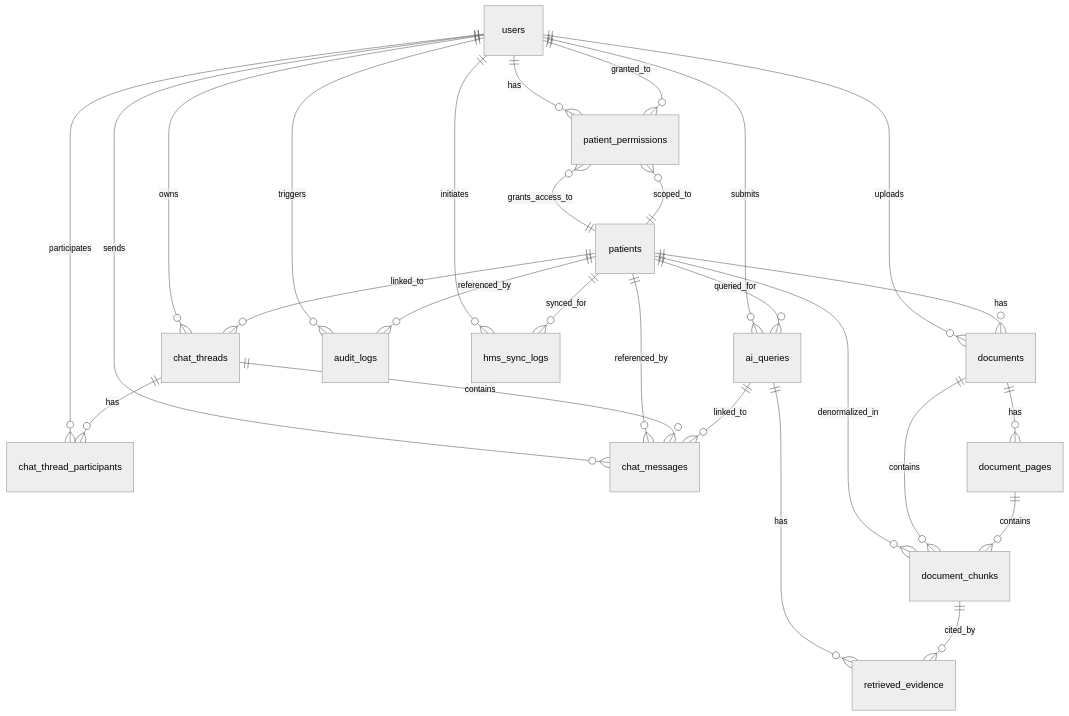
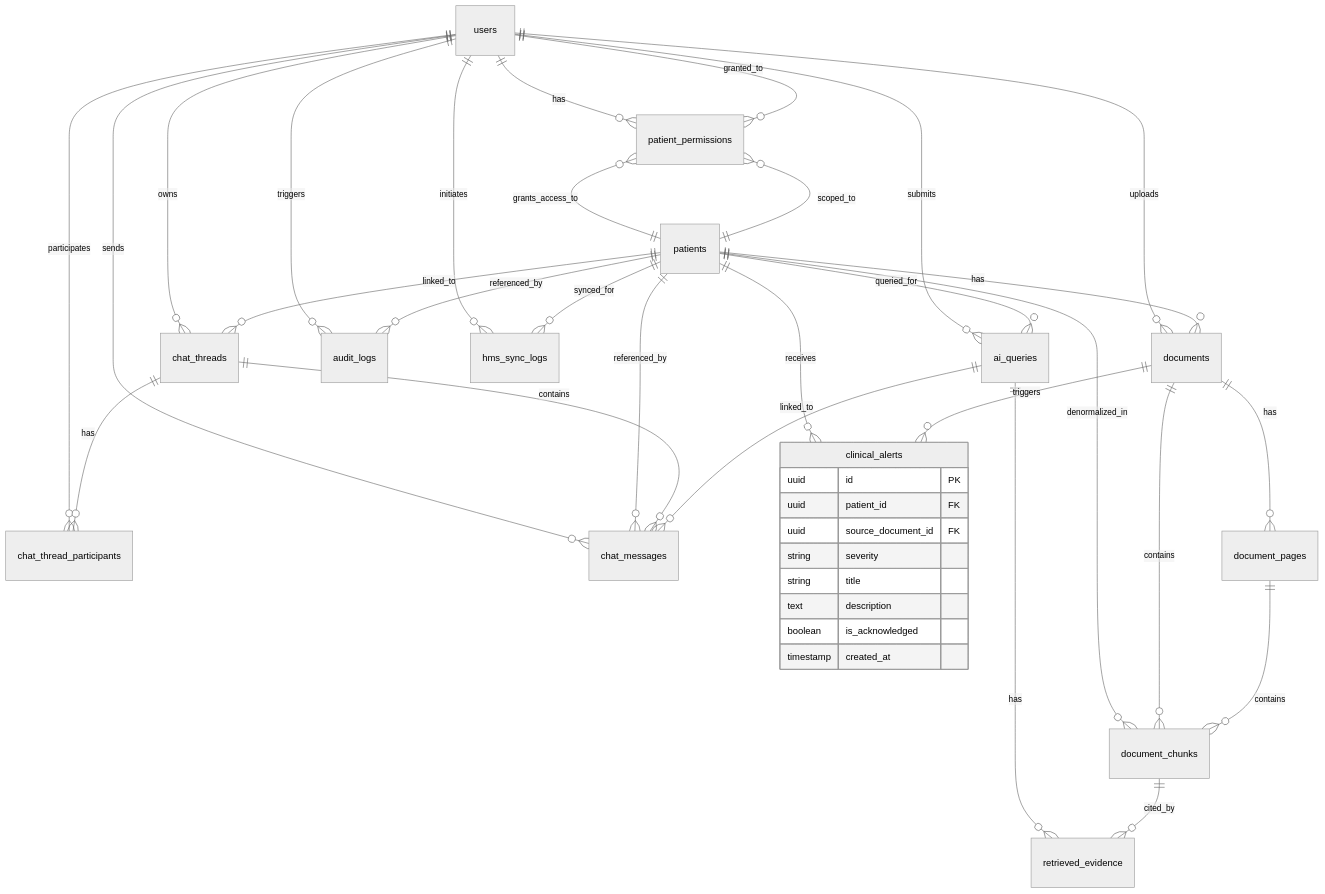
One commit to qwan30/chat-hospital-system changed the diagram in docs/06-database/erd.md. Above: the diagram before and after it, drawn with Mermaid (neutral theme). The commit also changed other lines of this file and 11 other files, not shown here.

````diff
--- a/docs/06-database/erd.md
+++ b/docs/06-database/erd.md
@@ -14,36 +14,49 @@
 ```mermaid
 erDiagram
     users ||--o{ patient_permissions : has
     users ||--o{ documents : uploads
     users ||--o{ chat_threads : owns
     users ||--o{ chat_thread_participants : participates
     users ||--o{ chat_messages : sends
     users ||--o{ ai_queries : submits
     users ||--o{ audit_logs : triggers
     users ||--o{ hms_sync_logs : initiates
 
     patients ||--o{ patient_permissions : scoped_to
     patients ||--o{ documents : has
     patients ||--o{ document_chunks : denormalized_in
     patients ||--o{ chat_threads : linked_to
     patients ||--o{ chat_messages : referenced_by
     patients ||--o{ audit_logs : referenced_by
     patients ||--o{ hms_sync_logs : synced_for
     patients ||--o{ ai_queries : queried_for
+    patients ||--o{ clinical_alerts : receives
 
     patient_permissions }o--|| users : granted_to
     patient_permissions }o--|| patients : grants_access_to
 
     documents ||--o{ document_pages : has
     documents ||--o{ document_chunks : contains
+    documents ||--o{ clinical_alerts : triggers
 
     document_pages ||--o{ document_chunks : contains
 
     chat_threads ||--o{ chat_thread_participants : has
     chat_threads ||--o{ chat_messages : contains
 
     ai_queries ||--o{ retrieved_evidence : has
     ai_queries ||--o{ chat_messages : linked_to
 
     document_chunks ||--o{ retrieved_evidence : cited_by
+
+    clinical_alerts {
+        uuid id PK
+        uuid patient_id FK
+        uuid source_document_id FK
+        string severity
+        string title
+        text description
+        boolean is_acknowledged
+        timestamp created_at
+    }
 ```
````
